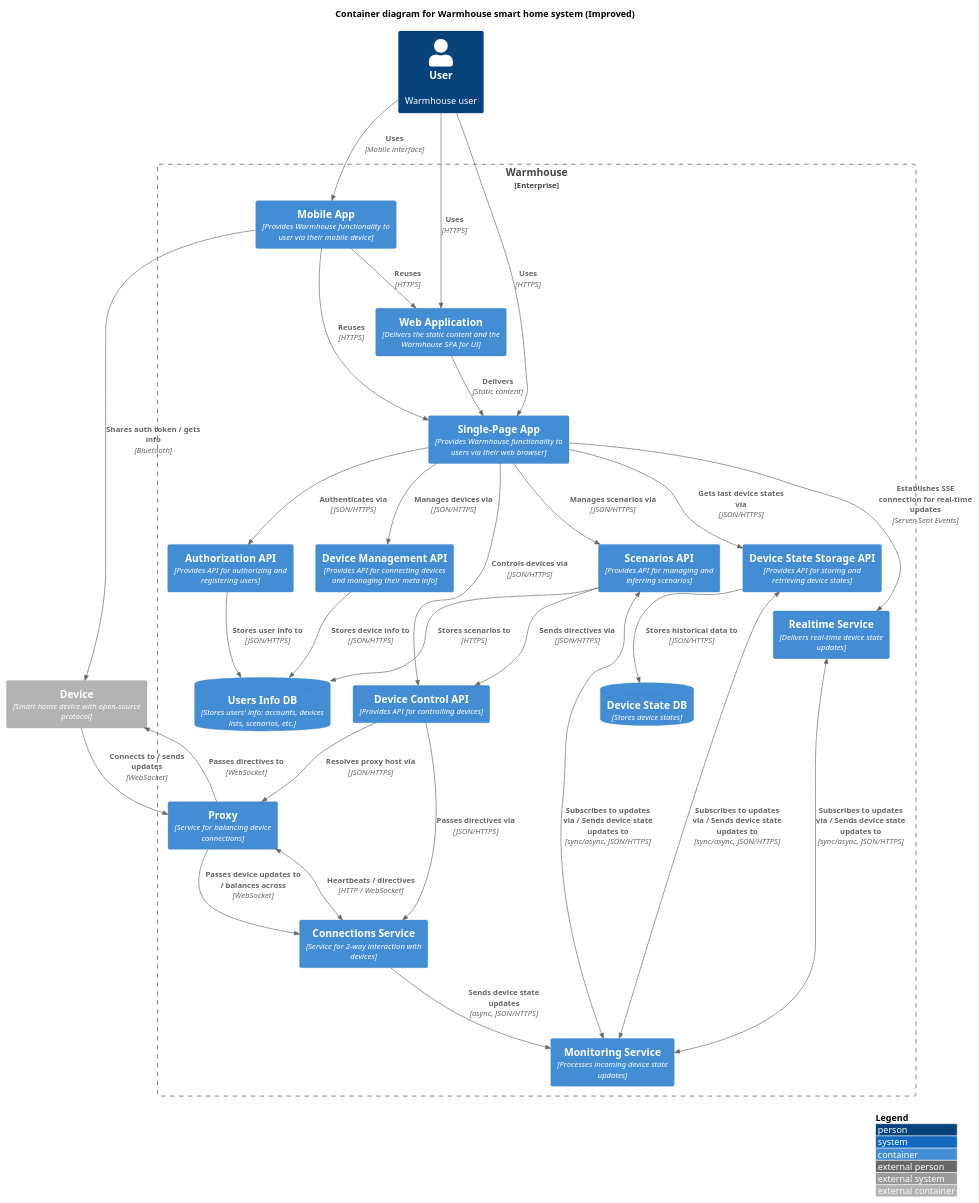
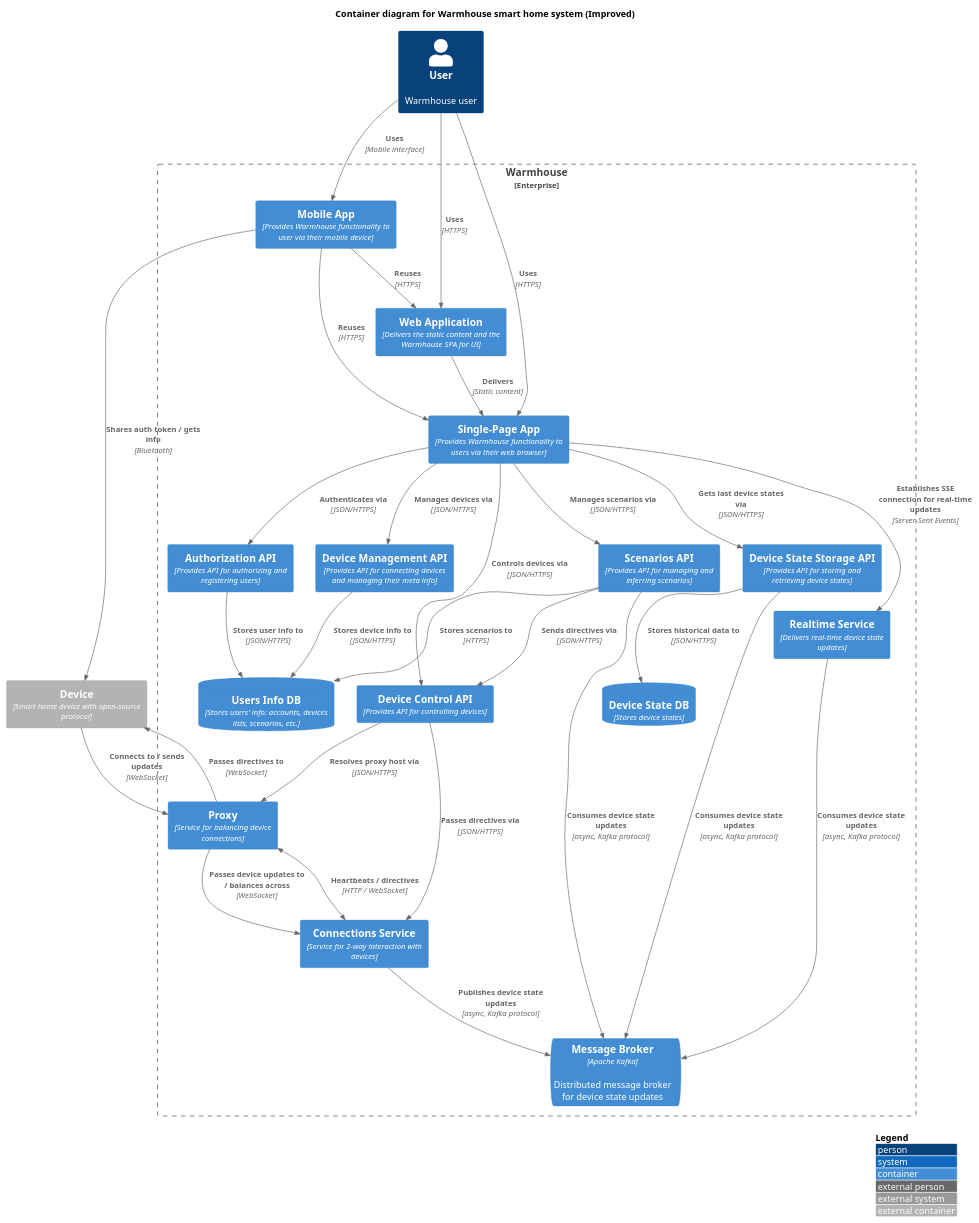
Before and after one commit to regu1yar/p1-architecture-warmhouse: the diagram in diagrams/container/Container.puml, drawn with PlantUML. The commit also changed 8 other files, not shown here.

Commit message:
Remove monitoring service, update workflow

```diff
--- a/diagrams/container/Container.puml
+++ b/diagrams/container/Container.puml
@@ -1,78 +1,78 @@
 @startuml "Container"
 
 !include https://raw.githubusercontent.com/plantuml-stdlib/C4-PlantUML/master/C4_Container.puml
 ' !include ../common/C4_Container.puml
 
 LAYOUT_WITH_LEGEND()
 
 title Container diagram for Warmhouse smart home system (Improved)
 
 Person(user, "User", "Warmhouse user")
 
 Container_Ext(device, "Device", "Smart home device with open-source protocol")
 
 Enterprise_Boundary(warmhouse_boundary, "Warmhouse") {
     Container(warmhouse_mobile_app, "Mobile App", "Provides Warmhouse functionality to user via their mobile device")
     Container(warmhouse_web_app, "Web Application", "Delivers the static content and the Warmhouse SPA for UI")
     Container(warmhouse_spa, "Single-Page App", "Provides Warmhouse functionality to users via their web browser")
     
     Container(warmhouse_proxy_service, "Proxy", "Service for balancing device connections")
     Container(warmhouse_connections_service, "Connections Service", "Service for 2-way interaction with devices")
     
     Container(warmhouse_device_control_backend_api, "Device Control API", "Provides API for controlling devices")
     Container(warmhouse_scenarios_backend_api, "Scenarios API", "Provides API for managing and inferring scenarios")
     Container(warmhouse_authorization_backend_api, "Authorization API", "Provides API for authorizing and registering users")
     Container(warmhouse_device_management_backend_api, "Device Management API", "Provides API for connecting devices and managing their meta info")
 
     ContainerDb(warmhouse_users_info_db, "Users Info DB", "Stores users' info: accounts, devices lists, scenarios, etc.")
 
-    Container(warmhouse_monitoring_service, "Monitoring Service", "Processes incoming device state updates")
+    ContainerQueue(warmhouse_message_broker, "Message Broker", "Apache Kafka", "Distributed message broker for device state updates")
     
     Container(warmhouse_device_state_storage_backend_api, "Device State Storage API", "Provides API for storing and retrieving device states")
     ContainerDb(warmhouse_device_state_db, "Device State DB", "Stores device states")
     
     Container(warmhouse_realtime_service, "Realtime Service", "Delivers real-time device state updates")
 }
 
 Rel(user, warmhouse_web_app, "Uses", "HTTPS")
 Rel(user, warmhouse_spa, "Uses", "HTTPS")
 Rel(user, warmhouse_mobile_app, "Uses", "Mobile interface")
 
 Rel(device, warmhouse_proxy_service, "Connects to / sends updates", "WebSocket")
 
 Rel(warmhouse_mobile_app, device, "Shares auth token / gets info", "Bluetooth")
 Rel(warmhouse_mobile_app, warmhouse_web_app, "Reuses", "HTTPS")
 Rel(warmhouse_mobile_app, warmhouse_spa, "Reuses", "HTTPS")
 
 Rel(warmhouse_web_app, warmhouse_spa, "Delivers", "Static content")
 
 Rel(warmhouse_spa, warmhouse_device_control_backend_api, "Controls devices via", "JSON/HTTPS")
 Rel(warmhouse_spa, warmhouse_scenarios_backend_api, "Manages scenarios via", "JSON/HTTPS")
 Rel(warmhouse_spa, warmhouse_device_state_storage_backend_api, "Gets last device states via", "JSON/HTTPS")
 Rel(warmhouse_spa, warmhouse_realtime_service, "Establishes SSE connection for real-time updates", "Server-Sent Events")
 Rel(warmhouse_spa, warmhouse_authorization_backend_api, "Authenticates via", "JSON/HTTPS")
 Rel(warmhouse_spa, warmhouse_device_management_backend_api, "Manages devices via", "JSON/HTTPS")
 
 Rel(warmhouse_proxy_service, device, "Passes directives to", "WebSocket")
 Rel(warmhouse_proxy_service, warmhouse_connections_service, "Passes device updates to / balances across", "WebSocket")
 
 BiRel(warmhouse_connections_service, warmhouse_proxy_service, "Heartbeats / directives", "HTTP / WebSocket")
-Rel(warmhouse_connections_service, warmhouse_monitoring_service, "Sends device state updates", "async, JSON/HTTPS")
+Rel(warmhouse_connections_service, warmhouse_message_broker, "Publishes device state updates", "async, Kafka protocol")
 
 Rel(warmhouse_device_control_backend_api, warmhouse_proxy_service, "Resolves proxy host via", "JSON/HTTPS")
 Rel(warmhouse_device_control_backend_api, warmhouse_connections_service, "Passes directives via", "JSON/HTTPS")
 
 Rel(warmhouse_scenarios_backend_api, warmhouse_device_control_backend_api, "Sends directives via", "JSON/HTTPS")
 Rel(warmhouse_scenarios_backend_api, warmhouse_users_info_db, "Stores scenarios to", "HTTPS")
-BiRel(warmhouse_scenarios_backend_api, warmhouse_monitoring_service, "Subscribes to updates via / Sends device state updates to", "sync/async, JSON/HTTPS")
+Rel(warmhouse_scenarios_backend_api, warmhouse_message_broker, "Consumes device state updates", "async, Kafka protocol")
 
 Rel(warmhouse_device_state_storage_backend_api, warmhouse_device_state_db, "Stores historical data to", "JSON/HTTPS")
-BiRel(warmhouse_device_state_storage_backend_api, warmhouse_monitoring_service, "Subscribes to updates via / Sends device state updates to", "sync/async, JSON/HTTPS")
+Rel(warmhouse_device_state_storage_backend_api, warmhouse_message_broker, "Consumes device state updates", "async, Kafka protocol")
 
-BiRel(warmhouse_realtime_service, warmhouse_monitoring_service, "Subscribes to updates via / Sends device state updates to", "sync/async, JSON/HTTPS")
+Rel(warmhouse_realtime_service, warmhouse_message_broker, "Consumes device state updates", "async, Kafka protocol")
 
 Rel(warmhouse_authorization_backend_api, warmhouse_users_info_db, "Stores user info to", "JSON/HTTPS")
 
 Rel(warmhouse_device_management_backend_api, warmhouse_users_info_db, "Stores device info to", "JSON/HTTPS")
 
 @enduml
```
